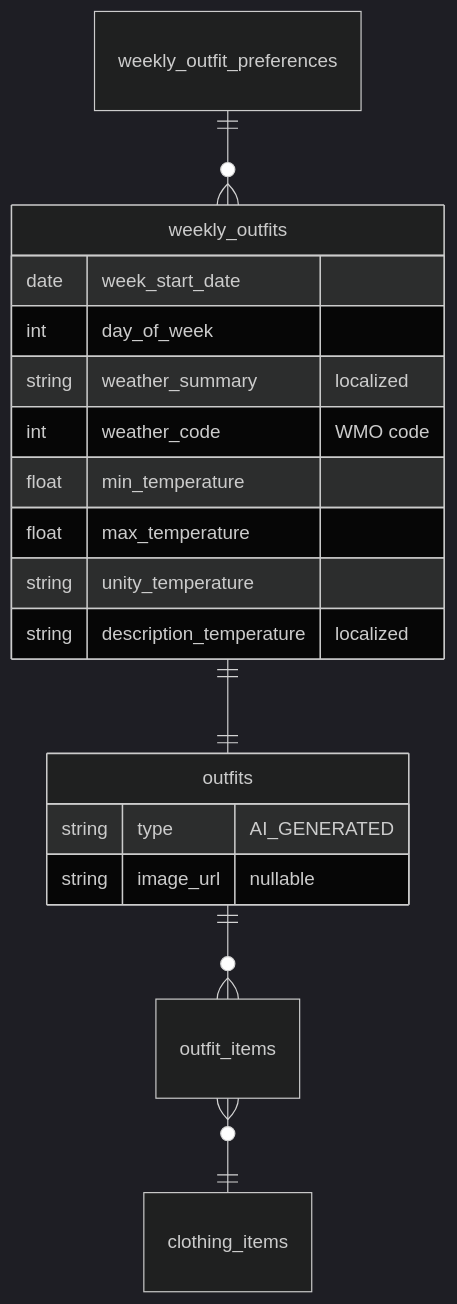
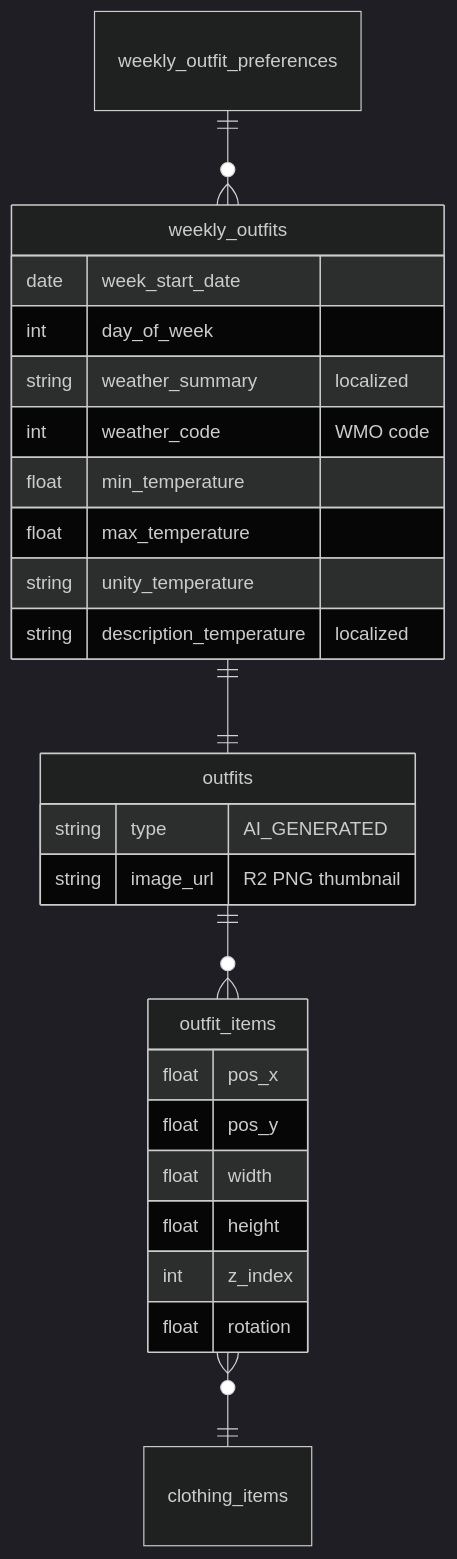
The second of 3 diagrams in apps/worker-ai-workflows/docs/WEEKLY_OUTFITS_WORKFLOW.md (emmanuelviniciusdev/SkyDIIV--backstage), drawn with Mermaid (dark theme) before and after one commit. The commit also changed other lines of this file and 18 other files, not shown here.

````diff
--- a/apps/worker-ai-workflows/docs/WEEKLY_OUTFITS_WORKFLOW.md
+++ b/apps/worker-ai-workflows/docs/WEEKLY_OUTFITS_WORKFLOW.md
@@ -349,23 +387,32 @@
 ```mermaid
 erDiagram
     weekly_outfit_preferences ||--o{ weekly_outfits : ""
     weekly_outfits ||--|| outfits : ""
     outfits ||--o{ outfit_items : ""
     outfit_items }o--|| clothing_items : ""
 
     weekly_outfits {
         date week_start_date
         int day_of_week
         string weather_summary "localized"
         int weather_code "WMO code"
         float min_temperature
         float max_temperature
         string unity_temperature
         string description_temperature "localized"
     }
 
     outfits {
         string type "AI_GENERATED"
-        string image_url "nullable"
+        string image_url "R2 PNG thumbnail"
+    }
+
+    outfit_items {
+        float pos_x
+        float pos_y
+        float width
+        float height
+        int z_index
+        float rotation
     }
 ```
````
